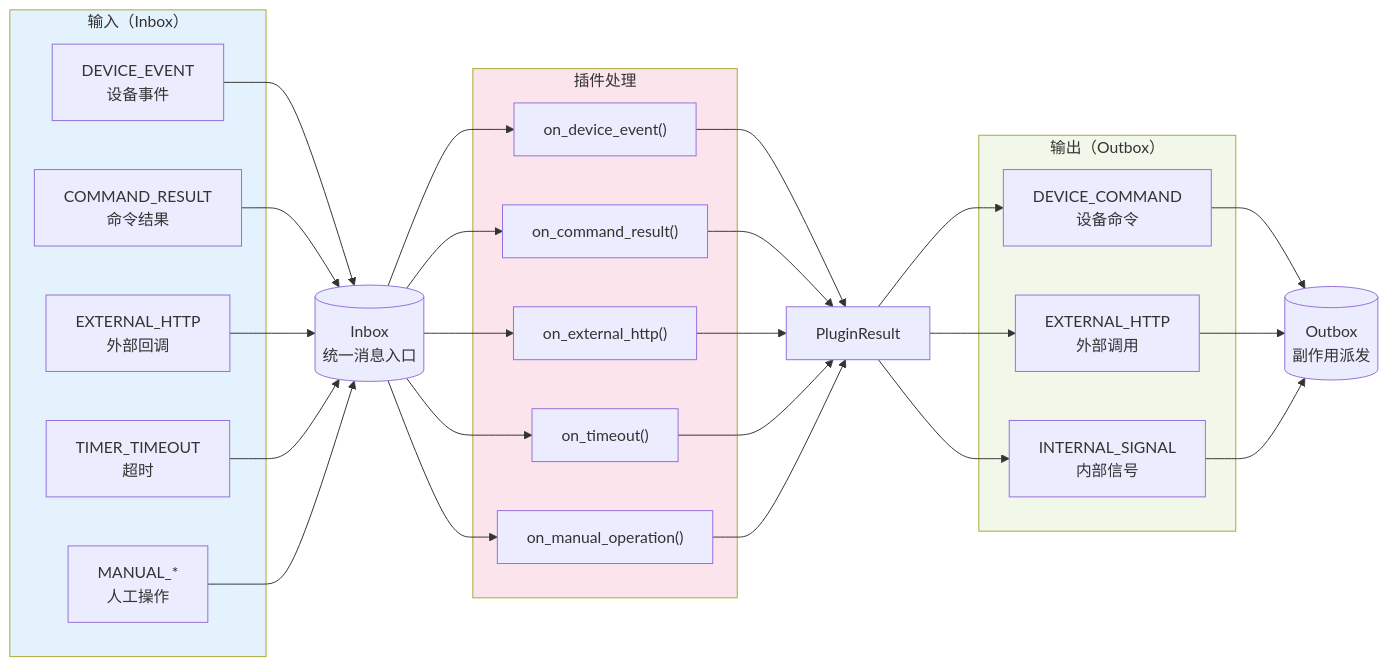
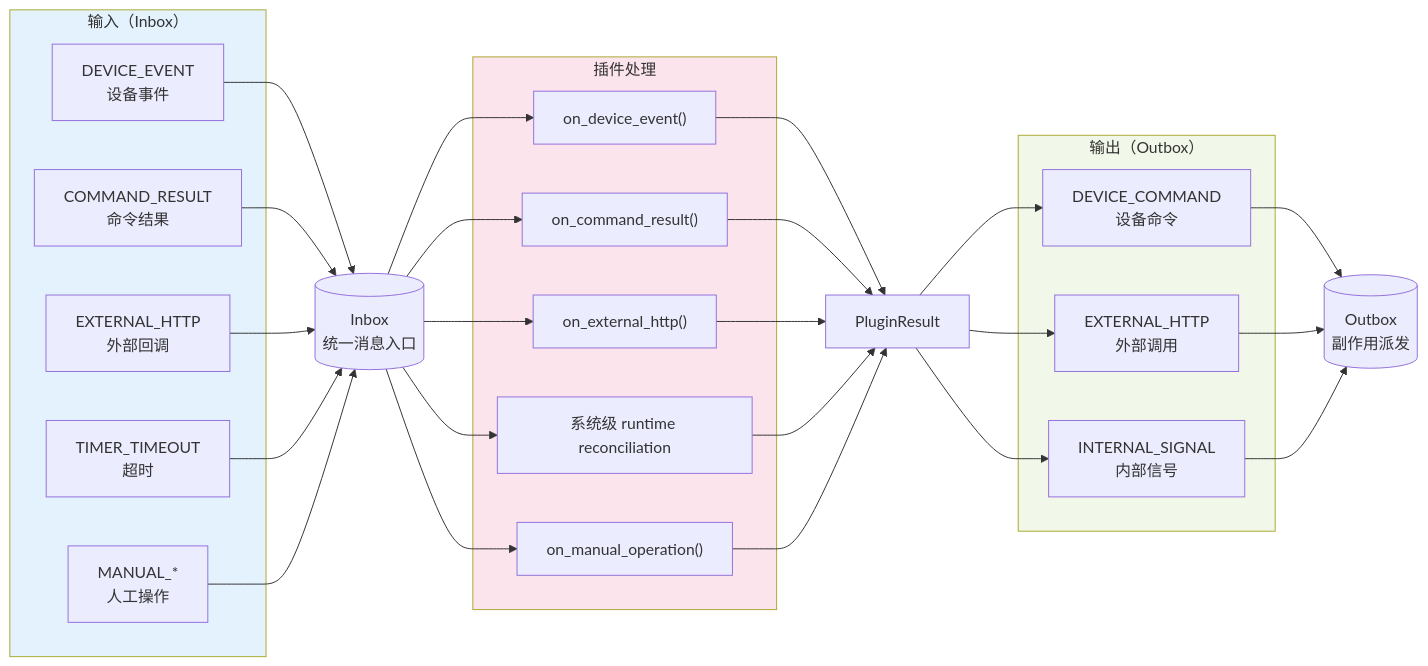
Before and after one commit to kaizhoumasha/wes_backend: the second of 18 diagrams in docs/workline_flow_diagram.md, drawn with Mermaid. The commit also changed other lines of this file and 261 other files, not shown here.

````diff
--- a/docs/workline_flow_diagram.md
+++ b/docs/workline_flow_diagram.md
@@ -96,60 +98,60 @@
 ```mermaid
 flowchart LR
     subgraph Input["输入（Inbox）"]
         Event1["DEVICE_EVENT<br/>设备事件"]
         Event2["COMMAND_RESULT<br/>命令结果"]
         Event3["EXTERNAL_HTTP<br/>外部回调"]
         Event4["TIMER_TIMEOUT<br/>超时"]
         Event5["MANUAL_*<br/>人工操作"]
     end
 
     Inbox[("Inbox<br/>统一消息入口")]
     
     subgraph Plugin["插件处理"]
         P1["on_device_event()"]
         P2["on_command_result()"]
         P3["on_external_http()"]
-        P4["on_timeout()"]
+        P4["系统级 runtime reconciliation"]
         P5["on_manual_operation()"]
     end
     
     Result["PluginResult"]
     
     subgraph Output["输出（Outbox）"]
         Out1["DEVICE_COMMAND<br/>设备命令"]
         Out2["EXTERNAL_HTTP<br/>外部调用"]
         Out3["INTERNAL_SIGNAL<br/>内部信号"]
     end
     
     Outbox[("Outbox<br/>副作用派发")]
     
     Event1 --> Inbox
     Event2 --> Inbox
     Event3 --> Inbox
     Event4 --> Inbox
     Event5 --> Inbox
     
     Inbox --> P1
     Inbox --> P2
     Inbox --> P3
     Inbox --> P4
     Inbox --> P5
     
     P1 --> Result
     P2 --> Result
     P3 --> Result
     P4 --> Result
     P5 --> Result
     
     Result --> Out1
     Result --> Out2
     Result --> Out3
     
     Out1 --> Outbox
     Out2 --> Outbox
     Out3 --> Outbox
 
     style Input fill:#e3f2fd
     style Output fill:#f1f8e9
     style Plugin fill:#fce4ec
 ```
````
